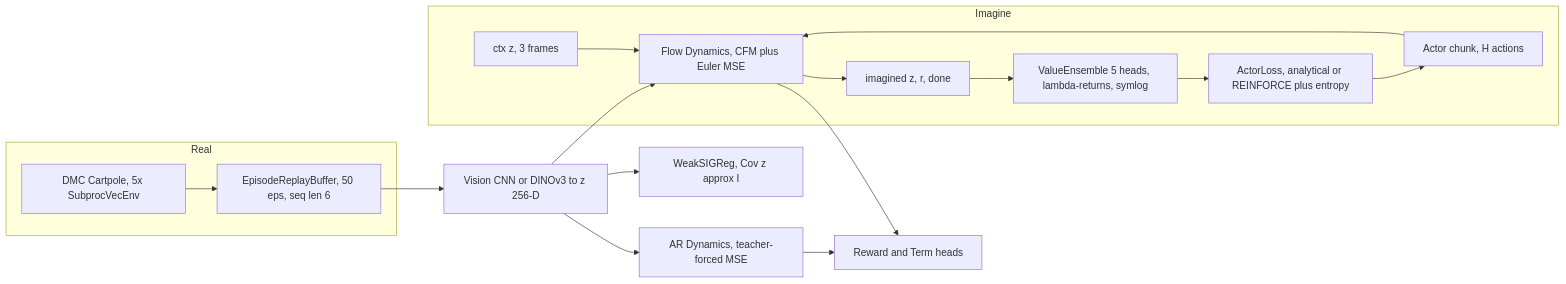
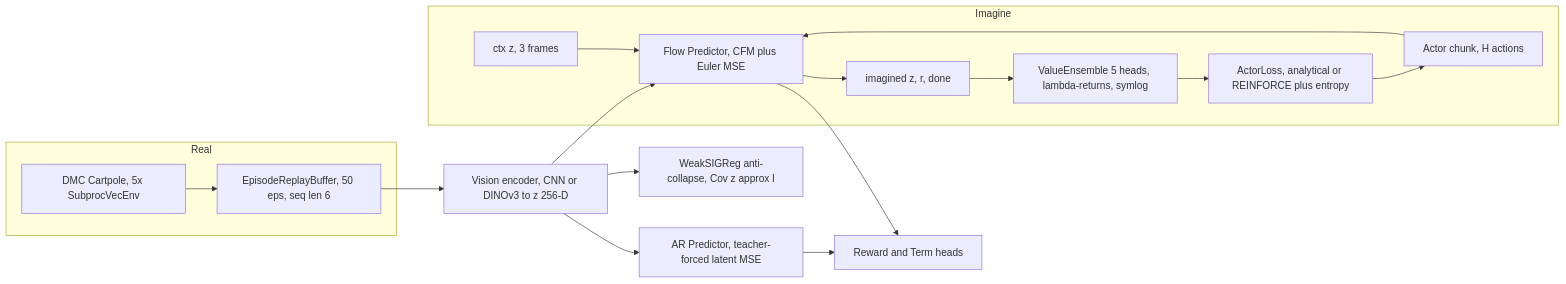
Before and after one commit to DivyamChandalia/differentiable-flow-world-models: the diagram in README.md, drawn with Mermaid. The commit also changed other lines of this file, not shown here.

Commit message:
document JEPA objective: encoder, predictors, SIGReg anti-collapse

````diff
--- a/README.md
+++ b/README.md
@@ -84,20 +85,20 @@
 ```mermaid
 flowchart LR
     subgraph Real
         E["DMC Cartpole, 5x SubprocVecEnv"] --> B["EpisodeReplayBuffer, 50 eps, seq len 6"]
     end
-    B --> V["Vision CNN or DINOv3 to z 256-D"]
-    V --> AR["AR Dynamics, teacher-forced MSE"]
-    V --> FM["Flow Dynamics, CFM plus Euler MSE"]
+    B --> V["Vision encoder, CNN or DINOv3 to z 256-D"]
+    V --> AR["AR Predictor, teacher-forced latent MSE"]
+    V --> FM["Flow Predictor, CFM plus Euler MSE"]
     AR --> R["Reward and Term heads"]
     FM --> R
-    V --> SIG["WeakSIGReg, Cov z approx I"]
+    V --> SIG["WeakSIGReg anti-collapse, Cov z approx I"]
     subgraph Imagine
         C["ctx z, 3 frames"] --> FM
         A["Actor chunk, H actions"] --> FM
         FM --> RI["imagined z, r, done"]
         RI --> VE["ValueEnsemble 5 heads, lambda-returns, symlog"]
         VE --> AL["ActorLoss, analytical or REINFORCE plus entropy"]
         AL --> A
     end
 ```
````
